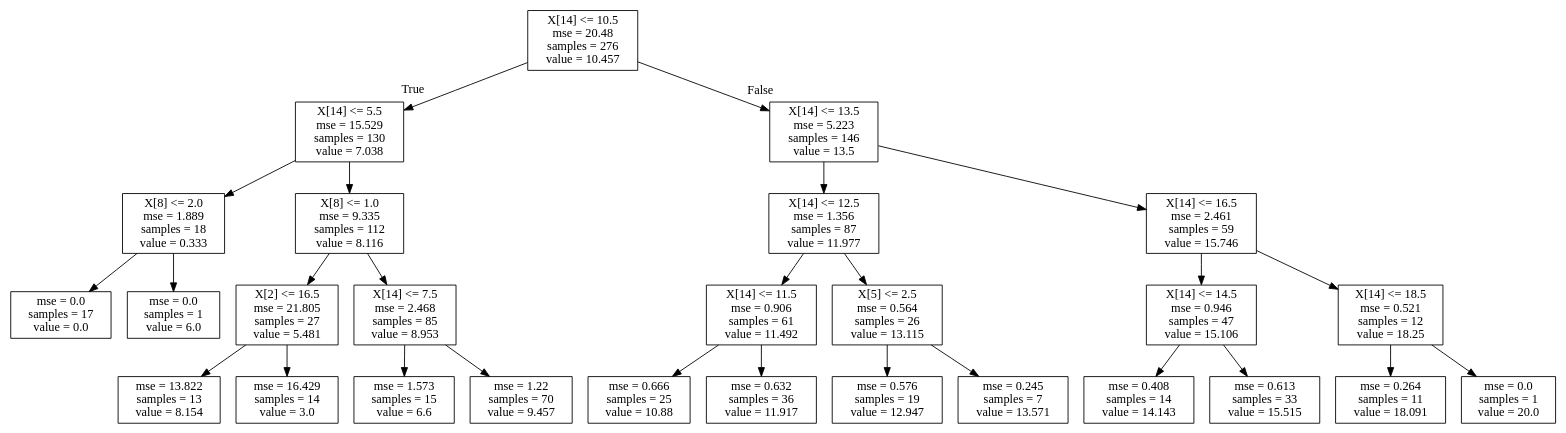
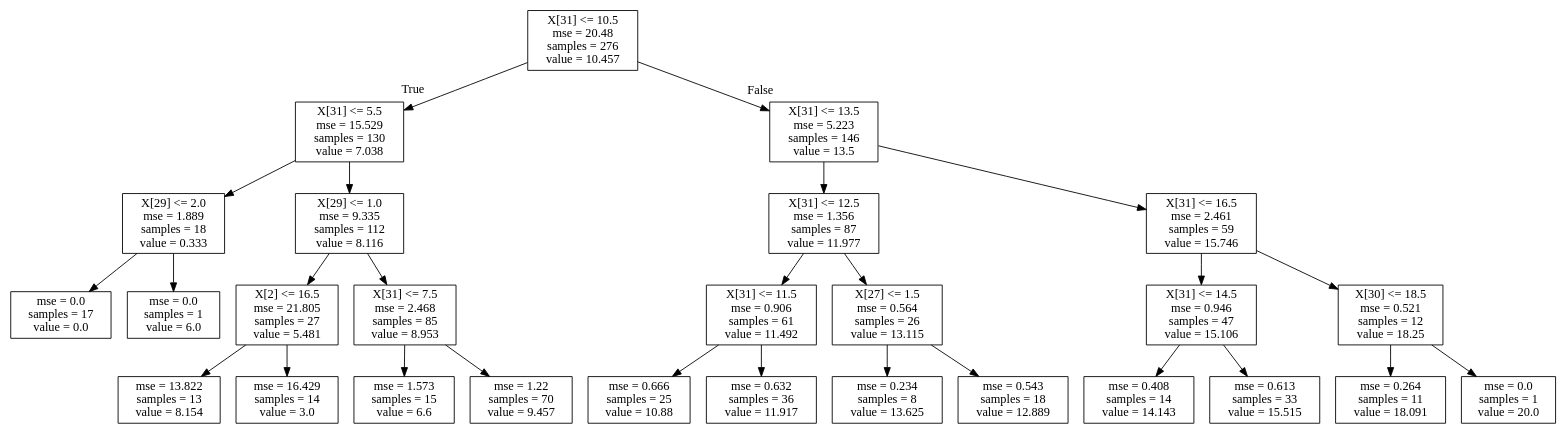
Before and after one commit to seidenfuss/AIGirls_notasAlunos: the diagram in tree.dot, drawn with Graphviz. The commit also changed 2 other files, not shown here.

```diff
--- a/tree.dot
+++ b/tree.dot
@@ -1,56 +1,56 @@
 digraph Tree {
 node [shape=box] ;
-0 [label="X[14] <= 10.5\nmse = 20.48\nsamples = 276\nvalue = 10.457"] ;
-1 [label="X[14] <= 5.5\nmse = 15.529\nsamples = 130\nvalue = 7.038"] ;
+0 [label="X[31] <= 10.5\nmse = 20.48\nsamples = 276\nvalue = 10.457"] ;
+1 [label="X[31] <= 5.5\nmse = 15.529\nsamples = 130\nvalue = 7.038"] ;
 0 -> 1 [labeldistance=2.5, labelangle=45, headlabel="True"] ;
-2 [label="X[8] <= 2.0\nmse = 1.889\nsamples = 18\nvalue = 0.333"] ;
+2 [label="X[29] <= 2.0\nmse = 1.889\nsamples = 18\nvalue = 0.333"] ;
 1 -> 2 ;
 3 [label="mse = 0.0\nsamples = 17\nvalue = 0.0"] ;
 2 -> 3 ;
 4 [label="mse = 0.0\nsamples = 1\nvalue = 6.0"] ;
 2 -> 4 ;
-5 [label="X[8] <= 1.0\nmse = 9.335\nsamples = 112\nvalue = 8.116"] ;
+5 [label="X[29] <= 1.0\nmse = 9.335\nsamples = 112\nvalue = 8.116"] ;
 1 -> 5 ;
 6 [label="X[2] <= 16.5\nmse = 21.805\nsamples = 27\nvalue = 5.481"] ;
 5 -> 6 ;
 7 [label="mse = 13.822\nsamples = 13\nvalue = 8.154"] ;
 6 -> 7 ;
 8 [label="mse = 16.429\nsamples = 14\nvalue = 3.0"] ;
 6 -> 8 ;
-9 [label="X[14] <= 7.5\nmse = 2.468\nsamples = 85\nvalue = 8.953"] ;
+9 [label="X[31] <= 7.5\nmse = 2.468\nsamples = 85\nvalue = 8.953"] ;
 5 -> 9 ;
 10 [label="mse = 1.573\nsamples = 15\nvalue = 6.6"] ;
 9 -> 10 ;
 11 [label="mse = 1.22\nsamples = 70\nvalue = 9.457"] ;
 9 -> 11 ;
-12 [label="X[14] <= 13.5\nmse = 5.223\nsamples = 146\nvalue = 13.5"] ;
+12 [label="X[31] <= 13.5\nmse = 5.223\nsamples = 146\nvalue = 13.5"] ;
 0 -> 12 [labeldistance=2.5, labelangle=-45, headlabel="False"] ;
-13 [label="X[14] <= 12.5\nmse = 1.356\nsamples = 87\nvalue = 11.977"] ;
+13 [label="X[31] <= 12.5\nmse = 1.356\nsamples = 87\nvalue = 11.977"] ;
 12 -> 13 ;
-14 [label="X[14] <= 11.5\nmse = 0.906\nsamples = 61\nvalue = 11.492"] ;
+14 [label="X[31] <= 11.5\nmse = 0.906\nsamples = 61\nvalue = 11.492"] ;
 13 -> 14 ;
 15 [label="mse = 0.666\nsamples = 25\nvalue = 10.88"] ;
 14 -> 15 ;
 16 [label="mse = 0.632\nsamples = 36\nvalue = 11.917"] ;
 14 -> 16 ;
-17 [label="X[5] <= 2.5\nmse = 0.564\nsamples = 26\nvalue = 13.115"] ;
+17 [label="X[27] <= 1.5\nmse = 0.564\nsamples = 26\nvalue = 13.115"] ;
 13 -> 17 ;
-18 [label="mse = 0.576\nsamples = 19\nvalue = 12.947"] ;
+18 [label="mse = 0.234\nsamples = 8\nvalue = 13.625"] ;
 17 -> 18 ;
-19 [label="mse = 0.245\nsamples = 7\nvalue = 13.571"] ;
+19 [label="mse = 0.543\nsamples = 18\nvalue = 12.889"] ;
 17 -> 19 ;
-20 [label="X[14] <= 16.5\nmse = 2.461\nsamples = 59\nvalue = 15.746"] ;
+20 [label="X[31] <= 16.5\nmse = 2.461\nsamples = 59\nvalue = 15.746"] ;
 12 -> 20 ;
-21 [label="X[14] <= 14.5\nmse = 0.946\nsamples = 47\nvalue = 15.106"] ;
+21 [label="X[31] <= 14.5\nmse = 0.946\nsamples = 47\nvalue = 15.106"] ;
 20 -> 21 ;
 22 [label="mse = 0.408\nsamples = 14\nvalue = 14.143"] ;
 21 -> 22 ;
 23 [label="mse = 0.613\nsamples = 33\nvalue = 15.515"] ;
 21 -> 23 ;
-24 [label="X[14] <= 18.5\nmse = 0.521\nsamples = 12\nvalue = 18.25"] ;
+24 [label="X[30] <= 18.5\nmse = 0.521\nsamples = 12\nvalue = 18.25"] ;
 20 -> 24 ;
 25 [label="mse = 0.264\nsamples = 11\nvalue = 18.091"] ;
 24 -> 25 ;
 26 [label="mse = 0.0\nsamples = 1\nvalue = 20.0"] ;
 24 -> 26 ;
 }
```
